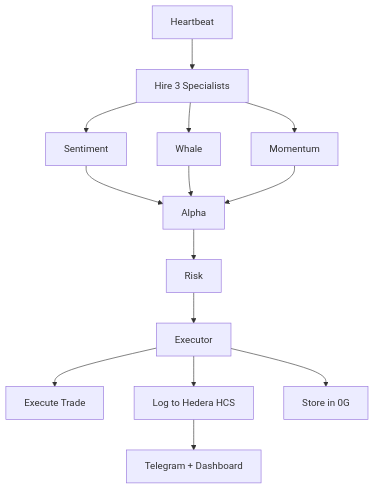
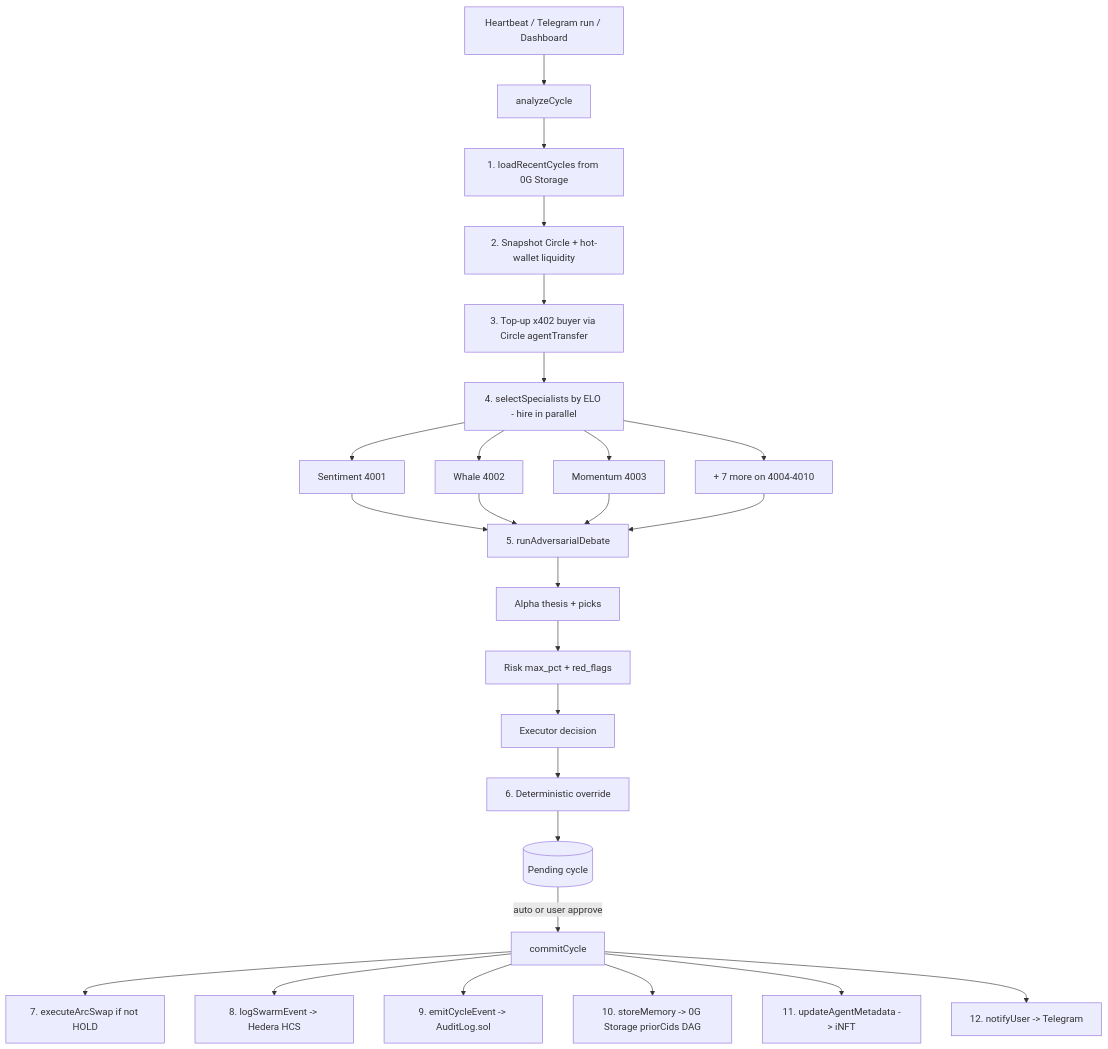
Before and after one commit to elbarroca/ETH_Global_Cannes_2026: the second of 8 diagrams in README.md, drawn with Mermaid. The commit also changed other lines of this file and 6 other files, not shown here.

First line of the commit message:
refactor: update heartbeat logic and user cycle management

````diff
--- a/README.md
+++ b/README.md
@@ -50,16 +47,28 @@
 ```mermaid
 graph TD
-    Trigger[Heartbeat] --> Hire[Hire 3 Specialists]
-    Hire --> Sentiment
-    Hire --> Whale
-    Hire --> Momentum
-    Sentiment --> Alpha
-    Whale --> Alpha
-    Momentum --> Alpha
-    Alpha --> Risk
-    Risk --> Executor
-    Executor --> Execute[Execute Trade]
-    Executor --> Log[Log to Hedera HCS]
-    Executor --> Store[Store in 0G]
-    Log --> Telegram[Telegram + Dashboard]
+    Heart[Heartbeat / Telegram run / Dashboard] --> Analyze[analyzeCycle]
+    Analyze --> RAG[1. loadRecentCycles from 0G Storage]
+    RAG --> Liq[2. Snapshot Circle + hot-wallet liquidity]
+    Liq --> TopUp[3. Top-up x402 buyer via Circle agentTransfer]
+    TopUp --> Hire[4. selectSpecialists by ELO - hire in parallel]
+    Hire --> Sent[Sentiment 4001]
+    Hire --> Whale[Whale 4002]
+    Hire --> Mom[Momentum 4003]
+    Hire --> More[+ 7 more on 4004-4010]
+    Sent --> Debate
+    Whale --> Debate
+    Mom --> Debate
+    More --> Debate
+    Debate[5. runAdversarialDebate] --> Alpha[Alpha thesis + picks]
+    Alpha --> Risk[Risk max_pct + red_flags]
+    Risk --> Exec[Executor decision]
+    Exec --> Override[6. Deterministic override]
+    Override --> Pending[(Pending cycle)]
+    Pending -->|auto or user approve| Commit[commitCycle]
+    Commit --> Swap[7. executeArcSwap if not HOLD]
+    Commit --> HCS[8. logSwarmEvent -> Hedera HCS]
+    Commit --> Naryo[9. emitCycleEvent -> AuditLog.sol]
+    Commit --> Store[10. storeMemory -> 0G Storage priorCids DAG]
+    Commit --> NFT[11. updateAgentMetadata -> iNFT]
+    Commit --> TG[12. notifyUser -> Telegram]
 ```
````
